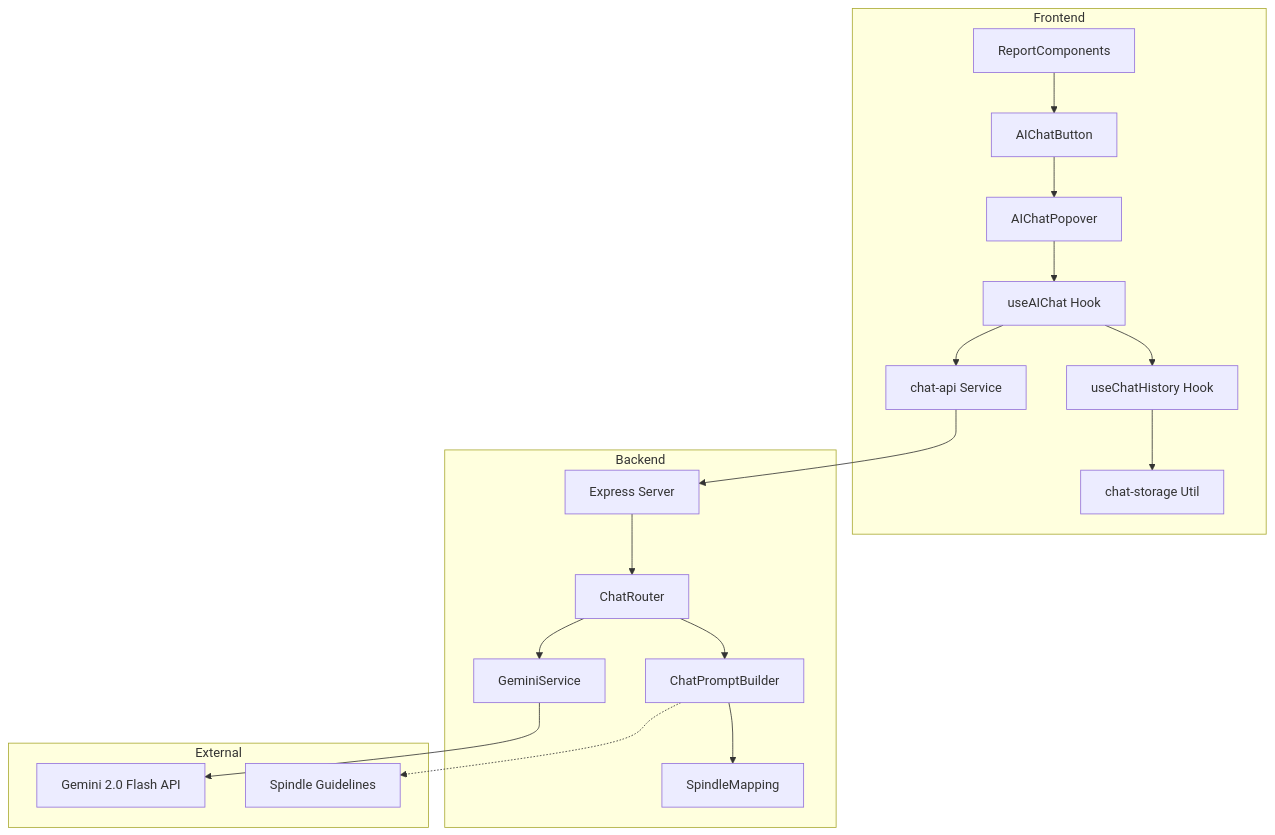
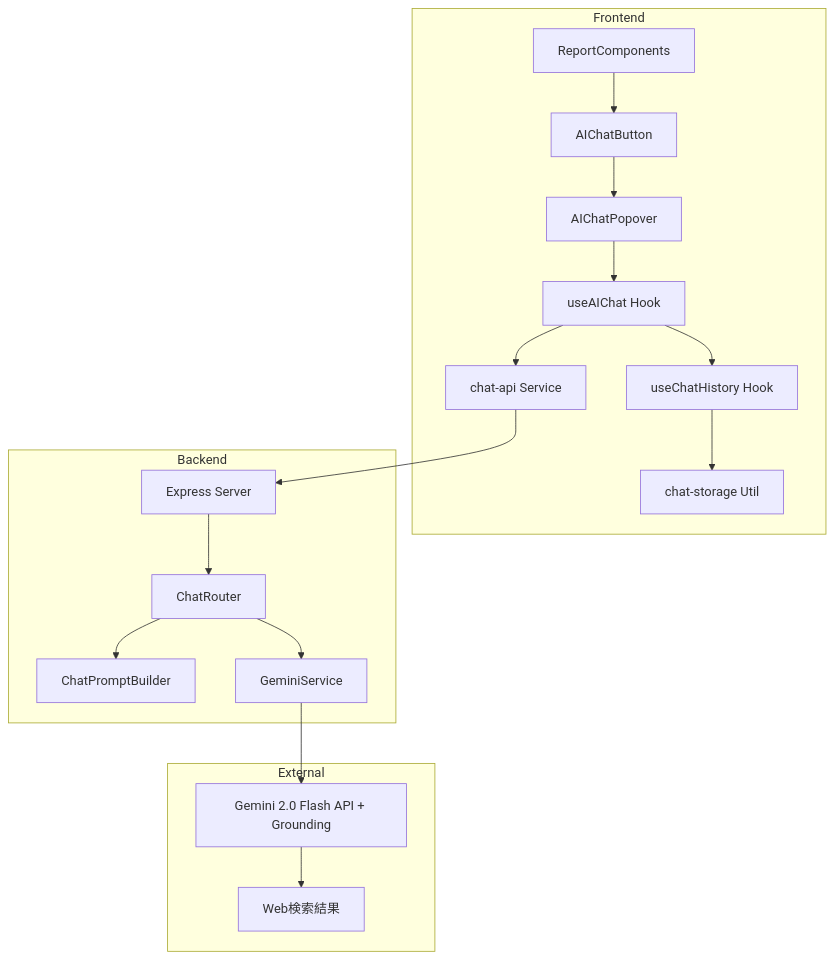
One commit to tokuj/accessibilityCheck changed the first of 3 diagrams in .kiro/specs/inline-ai-discussion/design.md. Above: the diagram before and after it, drawn with Mermaid. The commit also changed other lines of this file and 40 other files, not shown here.

````diff
--- a/.kiro/specs/inline-ai-discussion/design.md
+++ b/.kiro/specs/inline-ai-discussion/design.md
@@ -36,39 +38,37 @@
 ```mermaid
 graph TB
     subgraph Frontend
         RC[ReportComponents]
         ACB[AIChatButton]
         ACP[AIChatPopover]
         UCH[useAIChat Hook]
         UHH[useChatHistory Hook]
         CAPI[chat-api Service]
         CS[chat-storage Util]
     end
 
     subgraph Backend
         EXP[Express Server]
         CR[ChatRouter]
         CPB[ChatPromptBuilder]
-        SM[SpindleMapping]
         GS[GeminiService]
     end
 
     subgraph External
-        GEMINI[Gemini 2.0 Flash API]
-        SPINDLE[Spindle Guidelines]
+        GEMINI[Gemini 2.0 Flash API + Grounding]
+        WEBSEARCH[Web検索結果]
     end
 
     RC --> ACB
     ACB --> ACP
     ACP --> UCH
     UCH --> CAPI
     UCH --> UHH
     UHH --> CS
     CAPI --> EXP
     EXP --> CR
     CR --> CPB
-    CPB --> SM
     CR --> GS
     GS --> GEMINI
-    CPB -.-> SPINDLE
+    GEMINI --> WEBSEARCH
 ```
````
